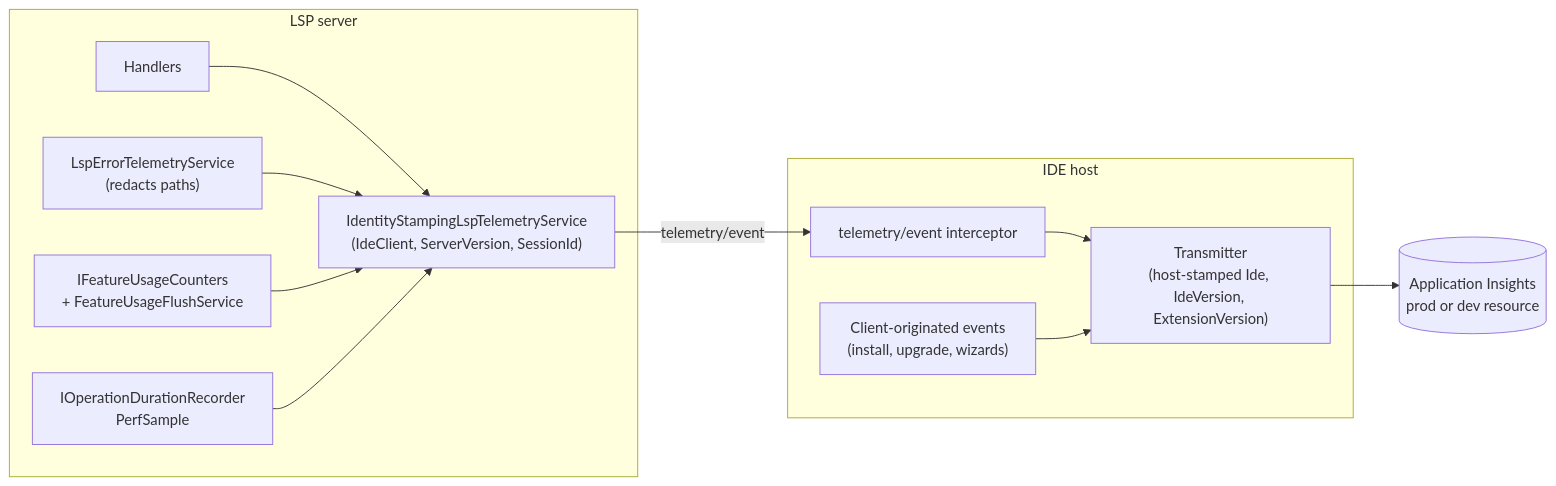
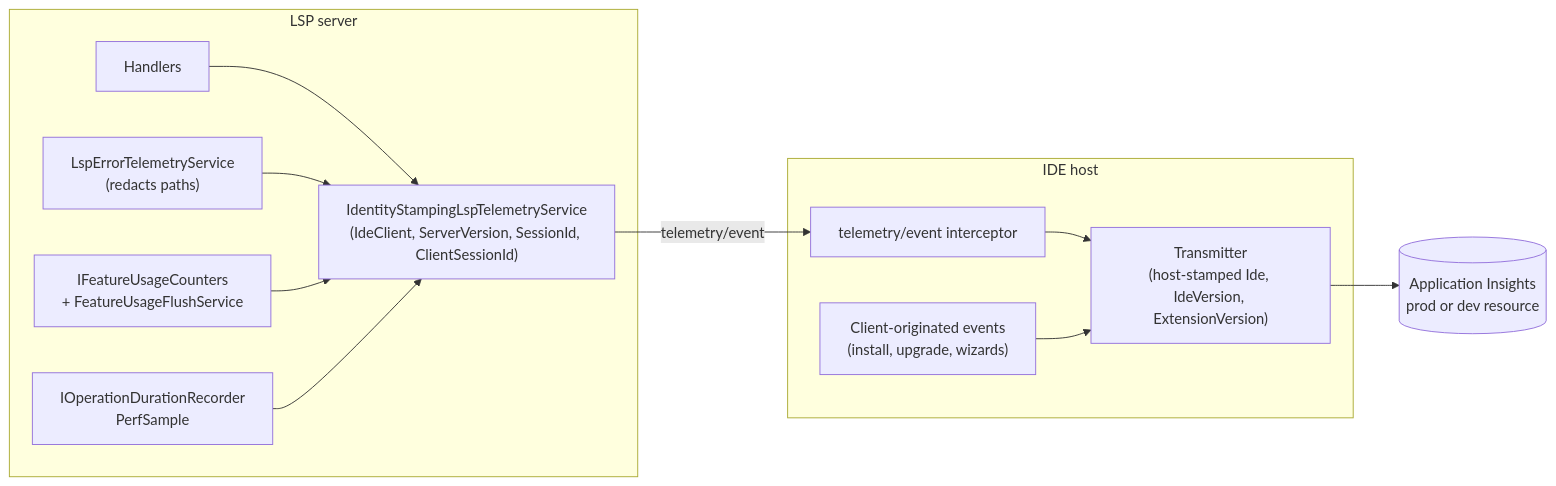
The first of 2 diagrams in docs/architecture/telemetry.md (reqnroll/Reqnroll.IdeSupport), drawn with Mermaid before and after one commit. The commit also changed other lines of this file and 29 other files, not shown here.

First line of the commit message:
feat(telemetry): session id on client exceptions; sanitized stack for VS Code and Rider (#1199)

````diff
--- a/docs/architecture/telemetry.md
+++ b/docs/architecture/telemetry.md
@@ -13,22 +13,22 @@
 ```mermaid
 flowchart LR
     subgraph Server["LSP server"]
         H["Handlers"]
         ERR["LspErrorTelemetryService<br/>(redacts paths)"]
         USE["IFeatureUsageCounters<br/>+ FeatureUsageFlushService"]
         PERF["IOperationDurationRecorder<br/>PerfSample"]
-        ID["IdentityStampingLspTelemetryService<br/>(IdeClient, ServerVersion, SessionId)"]
+        ID["IdentityStampingLspTelemetryService<br/>(IdeClient, ServerVersion, SessionId, ClientSessionId)"]
     end
     subgraph Client["IDE host"]
         INT["telemetry/event interceptor"]
         TX["Transmitter<br/>(host-stamped Ide, IdeVersion, ExtensionVersion)"]
         CE["Client-originated events<br/>(install, upgrade, wizards)"]
     end
     AI[("Application Insights<br/>prod or dev resource")]
 
     H & ERR & USE & PERF --> ID
     ID -->|"telemetry/event"| INT
     INT --> TX
     CE --> TX
     TX --> AI
 ```
````
